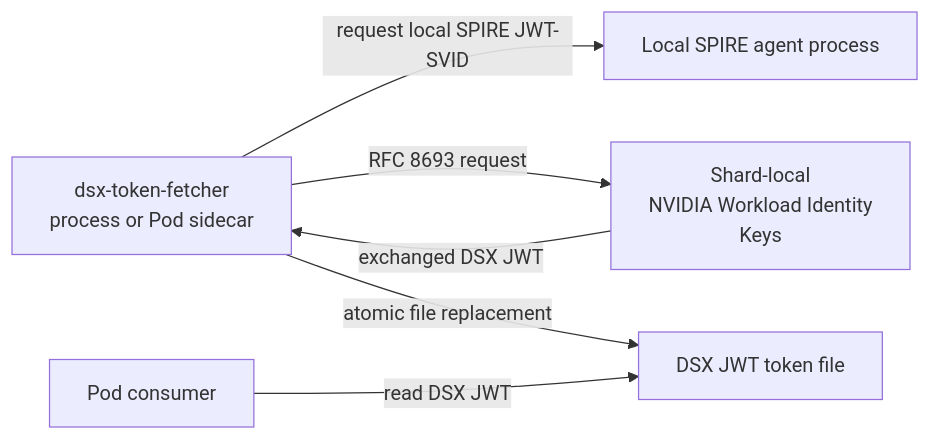
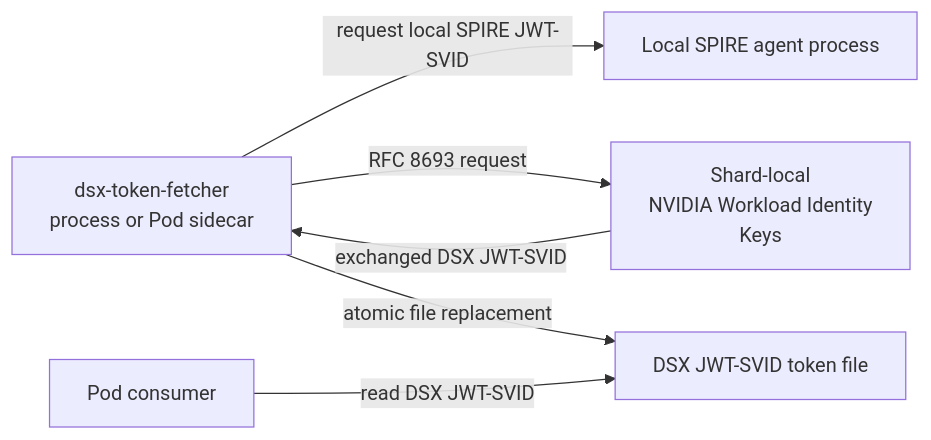
Before and after one commit to dsx-ai-factory/nvidia-workload-identity: the diagram in cmd/dsx-token-fetcher/README.md, drawn with Mermaid. The commit also changed other lines of this file and 21 other files, not shown here.

````diff
--- a/cmd/dsx-token-fetcher/README.md
+++ b/cmd/dsx-token-fetcher/README.md
@@ -8,8 +8,8 @@
 ```mermaid
 flowchart LR
     Fetcher["dsx-token-fetcher<br/>process or Pod sidecar"] -->|"request local SPIRE JWT-SVID"| Agent["Local SPIRE agent process"]
     Fetcher -->|"RFC 8693 request"| IdentityKeys["Shard-local<br/>NVIDIA Workload Identity<br/>Keys"]
-    IdentityKeys -->|"exchanged DSX JWT"| Fetcher
-    Fetcher -->|"atomic file replacement"| File["DSX JWT token file"]
-    Consumer["Pod consumer"] -->|"read DSX JWT"| File
+    IdentityKeys -->|"exchanged DSX JWT-SVID"| Fetcher
+    Fetcher -->|"atomic file replacement"| File["DSX JWT-SVID token file"]
+    Consumer["Pod consumer"] -->|"read DSX JWT-SVID"| File
 ```
````
